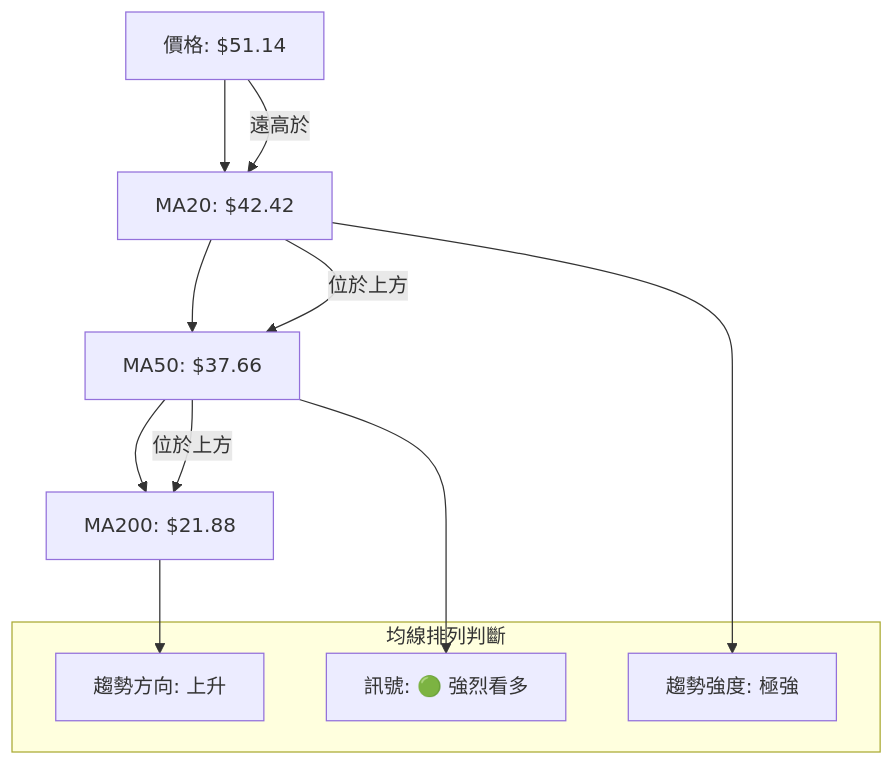
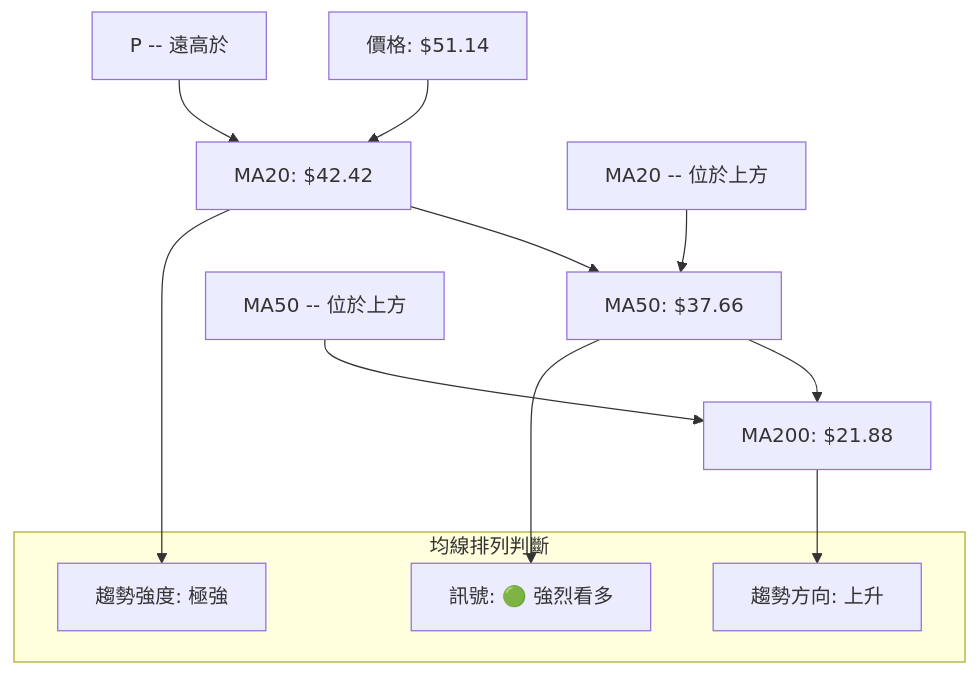
Before and after one commit to yennanliu/finance_data: the seventh of 7 diagrams in ai_gen_report/stock/pl/technical_analysis_2026-05-29_gemini.md, drawn with Mermaid. The commit also changed other lines of this file and 2258 other files, not shown here.

First line of the commit message:
chore: backfill Mermaid syntax repair across existing reports

````diff
--- a/ai_gen_report/stock/pl/technical_analysis_2026-05-29_gemini.md
+++ b/ai_gen_report/stock/pl/technical_analysis_2026-05-29_gemini.md
@@ -459,17 +459,17 @@
 ```mermaid
 graph TD
-    P[價格: $51.14] --> MA20[MA20: $42.42]
-    MA20 --> MA50[MA50: $37.66]
-    MA50 --> MA200[MA200: $21.88]
-    P -- 遠高於 --> MA20
-    MA20 -- 位於上方 --> MA50
-    MA50 -- 位於上方 --> MA200
+    P["價格: $51.14"] --> MA20["MA20: $42.42"]
+    MA20 --> MA50["MA50: $37.66"]
+    MA50 --> MA200["MA200: $21.88"]
+    nb1["P -- 遠高於"] --> MA20
+    nb2["MA20 -- 位於上方"] --> MA50
+    nb3["MA50 -- 位於上方"] --> MA200
     subgraph 均線排列判斷
-        Direction[趨勢方向: 上升]
-        Strength[趨勢強度: 極強]
-        Signal[訊號: 🟢 強烈看多]
+        Direction["趨勢方向: 上升"]
+        Strength["趨勢強度: 極強"]
+        Signal["訊號: 🟢 強烈看多"]
     end
     MA200 --> Direction
     MA20 --> Strength
     MA50 --> Signal
 ```
````
